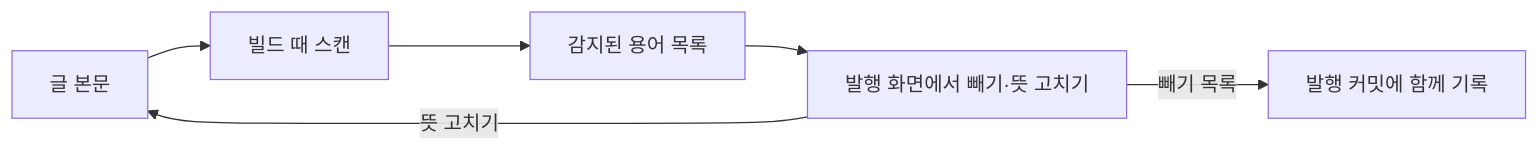
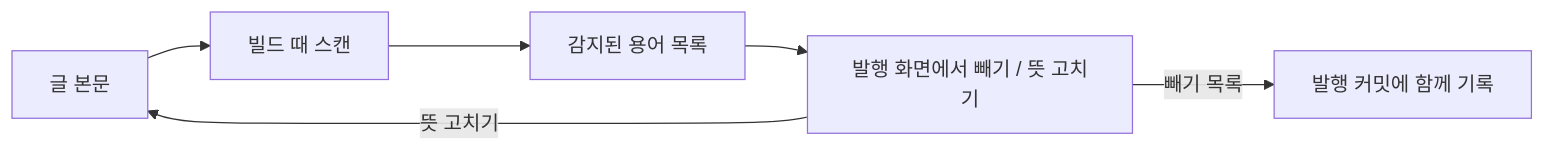
Before and after one commit to RJ-Stony/injoy: the second of 4 diagrams in src/content/posts/polish-round-15.md, drawn with Mermaid. The commit also changed other lines of this file and 1 other file, not shown here.

````diff
--- a/src/content/posts/polish-round-15.md
+++ b/src/content/posts/polish-round-15.md
@@ -106,8 +107,8 @@
 ```mermaid
 flowchart LR
   B[글 본문] --> S[빌드 때 스캔]
   S --> D[감지된 용어 목록]
-  D --> W[발행 화면에서 빼기·뜻 고치기]
+  D --> W[발행 화면에서 빼기 / 뜻 고치기]
   W -->|빼기 목록| C[발행 커밋에 함께 기록]
   W -->|뜻 고치기| B
 ```
````
